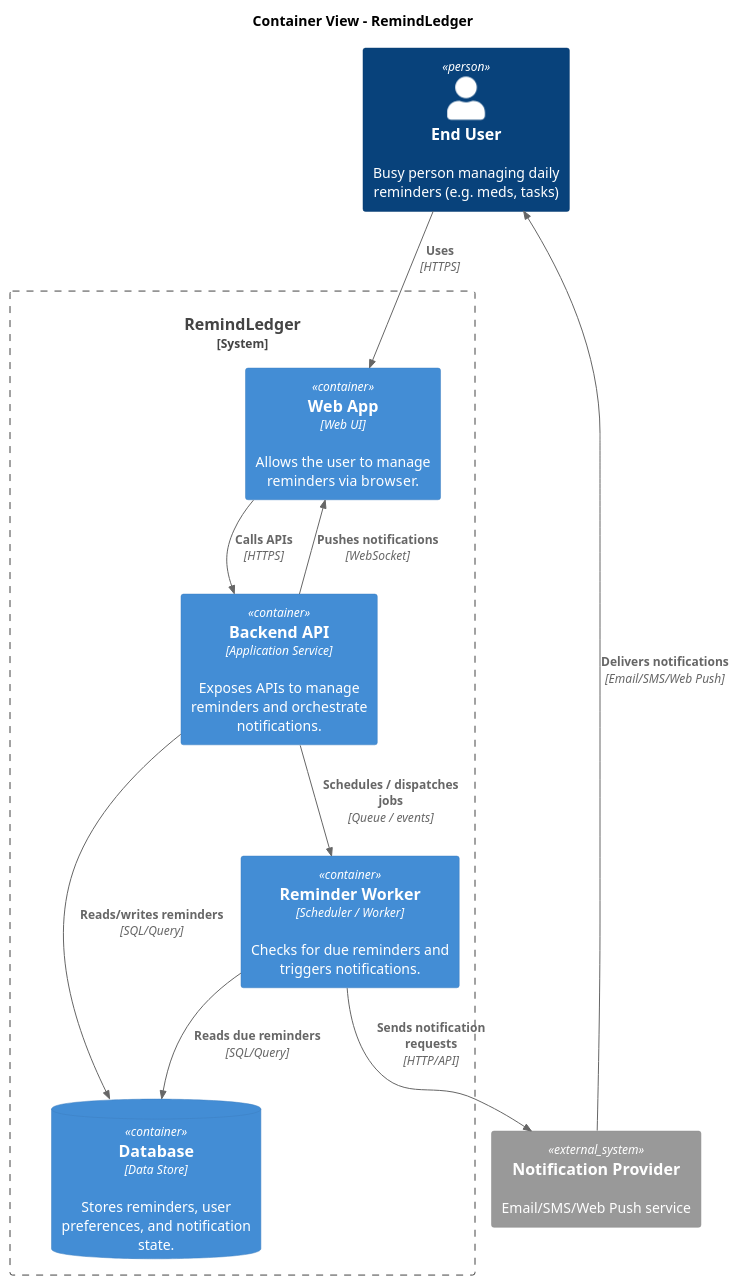
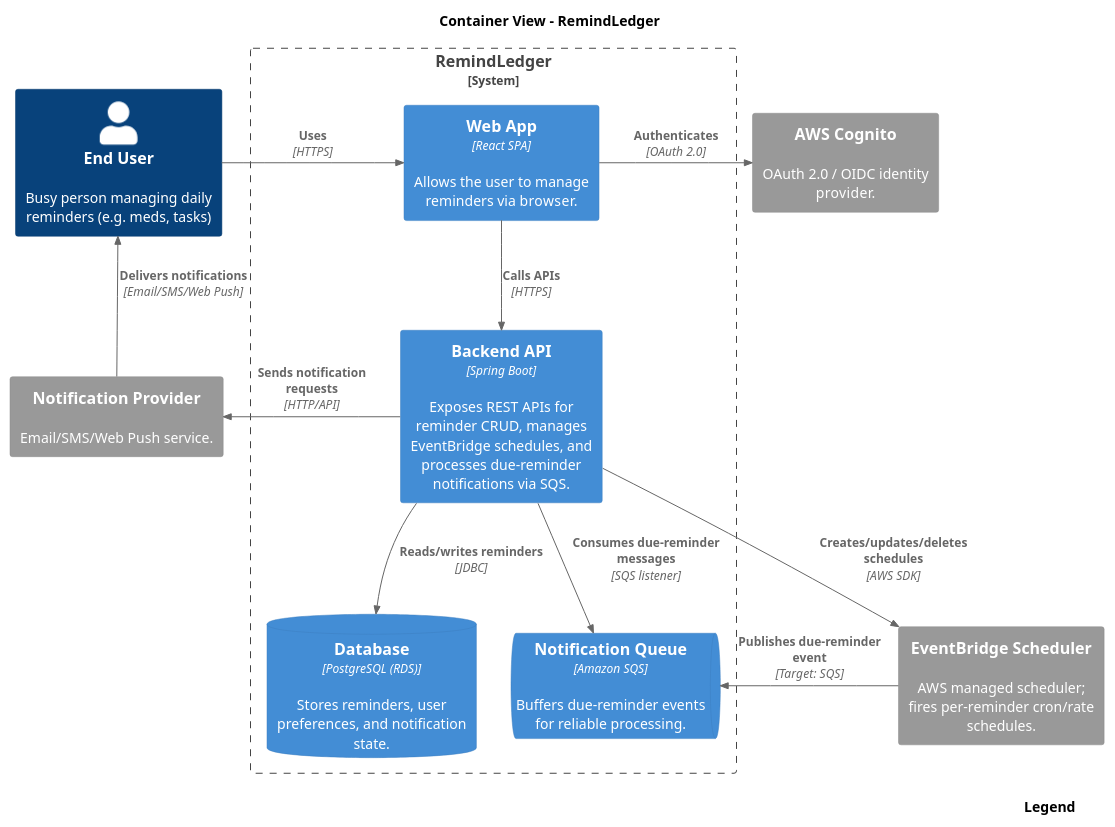
The diagram in docs/2-design/c4/containers.puml (josuerzslzr/remind-ledger), drawn with PlantUML before and after one commit. The commit also changed 7 other files, not shown here.

```diff
--- a/docs/2-design/c4/containers.puml
+++ b/docs/2-design/c4/containers.puml
@@ -1,30 +1,32 @@
 @startuml RemindLedger - Containers
 !include https://raw.githubusercontent.com/plantuml-stdlib/C4-PlantUML/master/C4_Container.puml
+#SHOW_LEGEND()
 
 title Container View - RemindLedger
 
 Person(user, "End User", "Busy person managing daily reminders (e.g. meds, tasks)")
 
-System_Boundary(remindledger, "RemindLedger") { 
-  Container(webapp, "Web App", "Web UI", "Allows the user to manage reminders via browser.")
-  Container(api, "Backend API", "Application Service", "Exposes APIs to manage reminders and orchestrate notifications.")
-  ContainerDb(db, "Database", "Data Store", "Stores reminders, user preferences, and notification state.")
-  Container(worker, "Reminder Worker", "Scheduler / Worker", "Checks for due reminders and triggers notifications.")
+System_Boundary(remindledger, "RemindLedger") {
+  Container(webapp, "Web App", "React SPA", "Allows the user to manage reminders via browser.")
+  Container(api, "Backend API", "Spring Boot", "Exposes REST APIs for reminder CRUD, manages EventBridge schedules, and processes due-reminder notifications via SQS.")
+  ContainerDb(db, "Database", "PostgreSQL (RDS)", "Stores reminders, user preferences, and notification state.")
+  ContainerQueue(sqs, "Notification Queue", "Amazon SQS", "Buffers due-reminder events for reliable processing.")
 }
 
-System_Ext(notify, "Notification Provider", "Email/SMS/Web Push service", "")
+System_Ext(scheduler, "EventBridge Scheduler", "AWS managed scheduler; fires per-reminder cron/rate schedules.")
+System_Ext(cognito, "AWS Cognito", "OAuth 2.0 / OIDC identity provider.")
+System_Ext(notify, "Notification Provider", "Email/SMS/Web Push service.")
 
-Rel(user, webapp, "Uses", "HTTPS")
-Lay_L(webapp, user)
+Rel_Right(user, webapp, "Uses", "HTTPS")
+Rel(webapp, api, "Calls APIs", "HTTPS")
+Rel_Right(webapp, cognito, "Authenticates", "OAuth 2.0")
 
-Rel(webapp, api, "Calls APIs", "HTTPS")
-Rel(api, webapp, "Pushes notifications", "WebSocket")
-Rel(api, db, "Reads/writes reminders", "SQL/Query")
-Rel(api, worker, "Schedules / dispatches jobs", "Queue / events")
-Rel(worker, db, "Reads due reminders", "SQL/Query")
-Rel(worker, notify, "Sends notification requests", "HTTP/API")
+Rel(api, db, "Reads/writes reminders", "JDBC")
+Rel(api, scheduler, "Creates/updates/deletes schedules", "AWS SDK")
+Rel(api, sqs, "Consumes due-reminder messages", "SQS listener")
+Rel_Left(api, notify, "Sends notification requests", "HTTP/API")
 
-Rel(notify, user, "Delivers notifications", "Email/SMS/Web Push")
-Lay_D(user, notify)
+Rel(scheduler, sqs, "Publishes due-reminder event", "Target: SQS")
+Rel_Up(notify, user, "Delivers notifications", "Email/SMS/Web Push")
 
 @enduml
```
